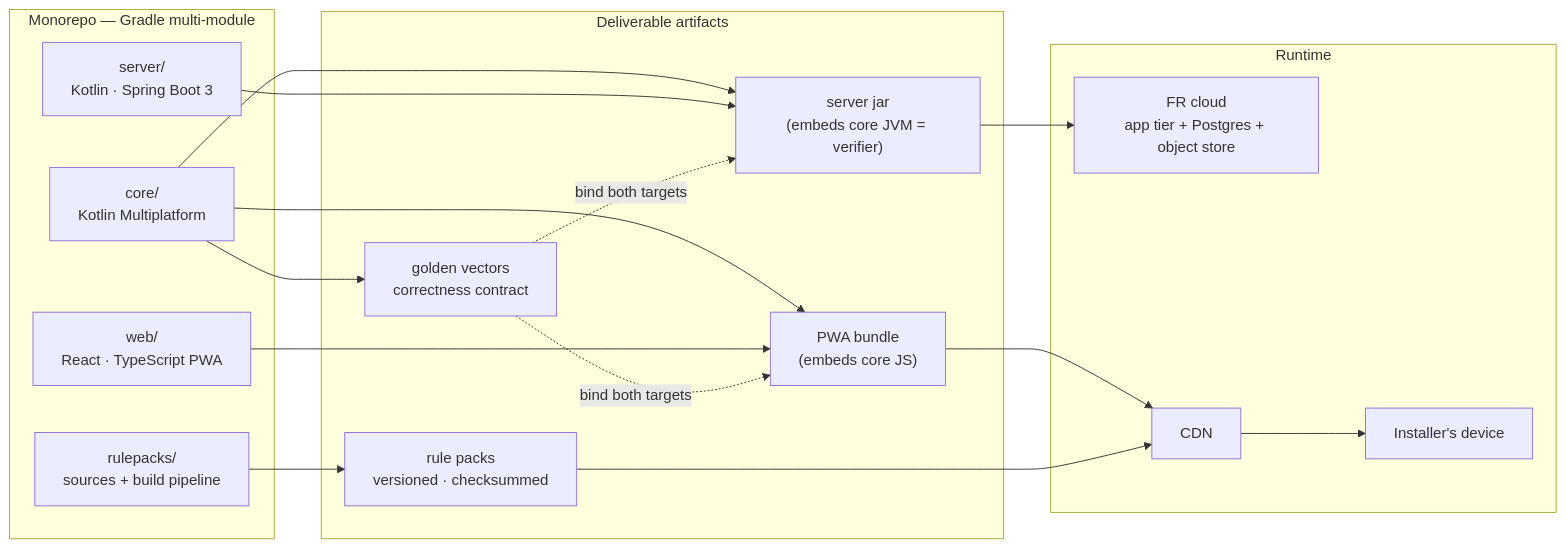
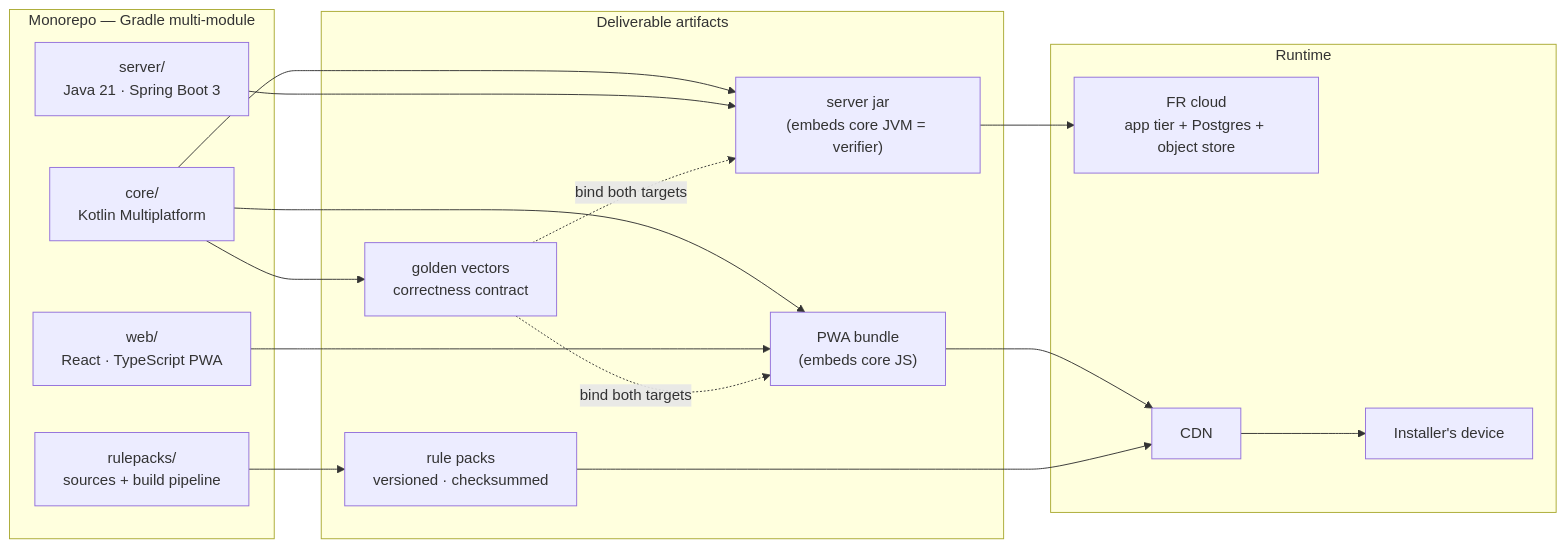
Before and after one commit to hfWalid/pac-pilot: the first of 2 diagrams in docs/DELIVERY-PLAN.md, drawn with Mermaid. The commit also changed 25 other files, not shown here.

````diff
--- a/docs/DELIVERY-PLAN.md
+++ b/docs/DELIVERY-PLAN.md
@@ -15,36 +15,36 @@
 ```mermaid
 flowchart LR
     subgraph repo["Monorepo — Gradle multi-module"]
         CORE["core/<br/>Kotlin Multiplatform"]
-        SRV["server/<br/>Kotlin · Spring Boot 3"]
+        SRV["server/<br/>Java 21 · Spring Boot 3"]
         WEB["web/<br/>React · TypeScript PWA"]
         RP["rulepacks/<br/>sources + build pipeline"]
     end
 
     subgraph artifacts["Deliverable artifacts"]
         JAR["server jar<br/>(embeds core JVM = verifier)"]
         BUNDLE["PWA bundle<br/>(embeds core JS)"]
         PACKS["rule packs<br/>versioned · checksummed"]
         VEC["golden vectors<br/>correctness contract"]
     end
 
     subgraph runtime["Runtime"]
         CLOUD["FR cloud<br/>app tier + Postgres + object store"]
         EDGE["CDN"]
         DEVICE["Installer's device"]
     end
 
     CORE --> JAR
     CORE --> BUNDLE
     CORE --> VEC
     SRV --> JAR
     WEB --> BUNDLE
     RP --> PACKS
 
     JAR --> CLOUD
     BUNDLE --> EDGE --> DEVICE
     PACKS --> EDGE
 
     VEC -.->|"bind both targets"| JAR
     VEC -.->|"bind both targets"| BUNDLE
 ```
````
